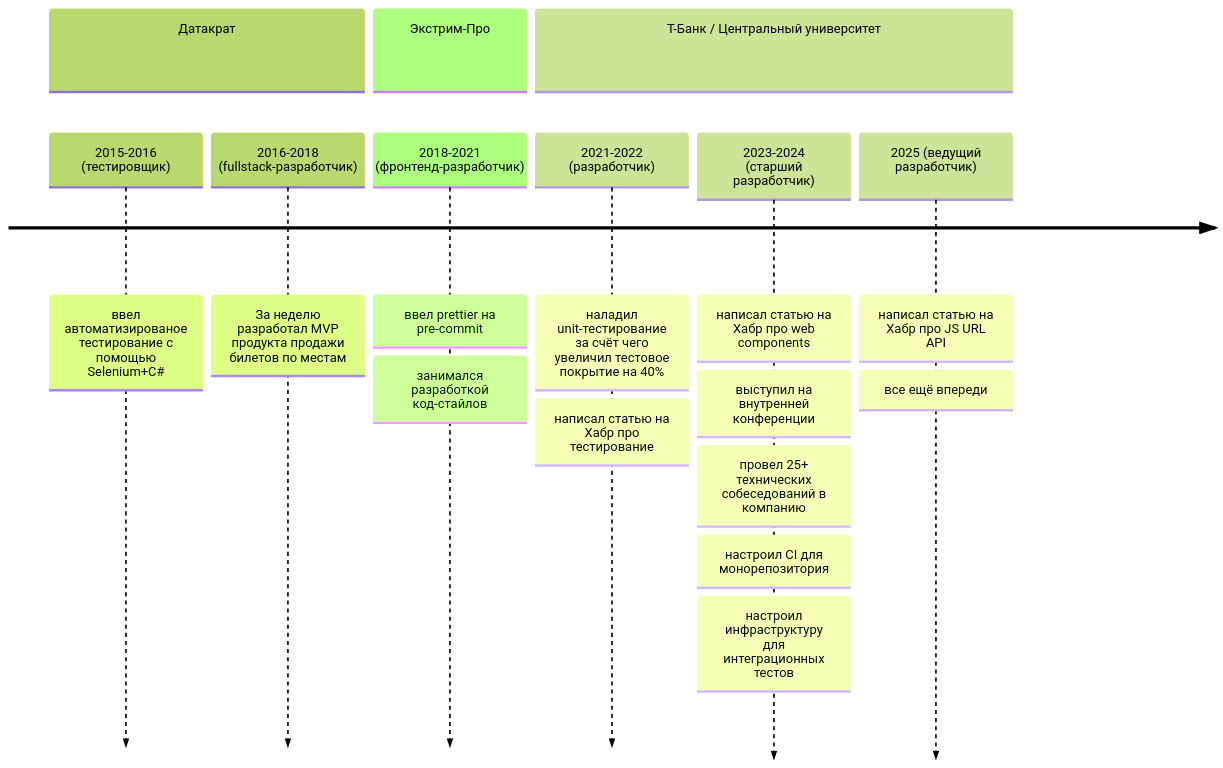
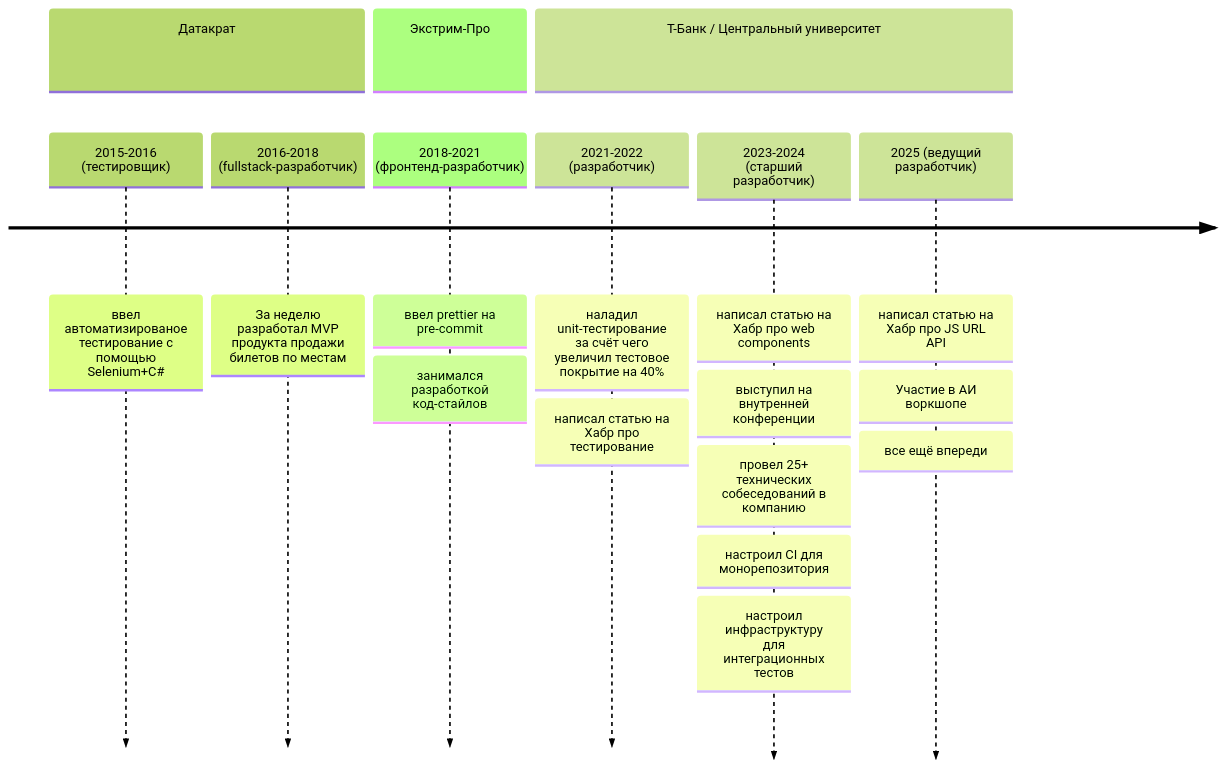
Before and after one commit to Goodzonchik/Goodzonchik: the first of 4 diagrams in README.md, drawn with Mermaid (forest theme). The commit also changed other lines of this file, not shown here.

````diff
--- a/README.md
+++ b/README.md
@@ -7,19 +7,20 @@
 ```mermaid
 timeline
     section Датакрат
         2015-2016 (тестировщик) : ввел автоматизированое тестирование с помощью Selenium+C#
         2016-2018 (fullstack-разработчик) : За неделю разработал MVP продукта продажи билетов по местам
     section Экстрим-Про
         2018-2021 (фронтенд-разработчик) : ввел prettier на pre-commit
                   : занимался разработкой код-стайлов
     section Т-Банк / Центральный университет
         2021-2022 (разработчик) : наладил unit-тестирование за счёт чего увеличил тестовое покрытие на 40%
                   : написал статью на Хабр про тестирование
         2023-2024 (старший разработчик) : написал статью на Хабр про web components
                   : выступил на внутренней конференции
                   : провел 25+ технических собеседований в компанию
                   : настроил CI для монорепозитория
                   : настроил инфраструктуру для интеграционных тестов
         2025 (ведущий разработчик) : написал статью на Хабр про JS URL API
+                  : Участие в АИ воркшопе
                   : все ещё впереди
 ```
````
